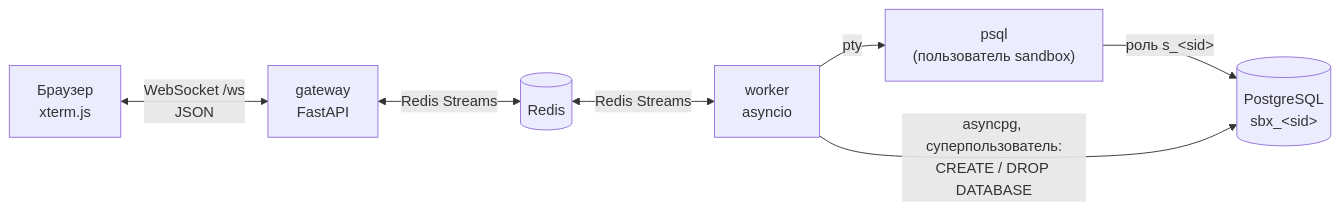
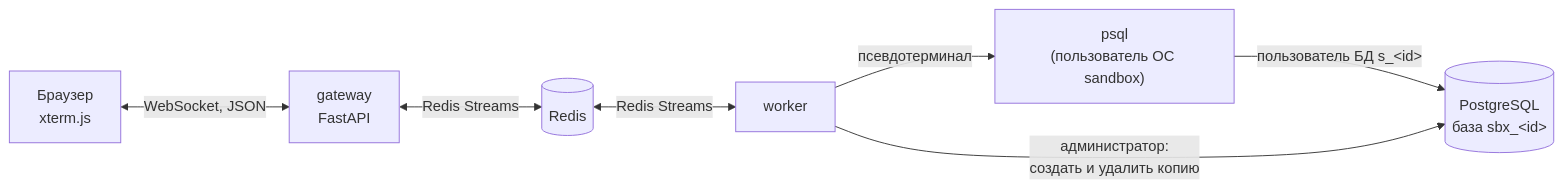
The first of 2 diagrams in docs/architecture.md (ZhdankovAlex/web-psql), drawn with Mermaid before and after one commit. The commit also changed other lines of this file and 8 other files, not shown here.

````diff
--- a/docs/architecture.md
+++ b/docs/architecture.md
@@ -3,9 +3,9 @@
 ```mermaid
 flowchart LR
-    B["Браузер<br/>xterm.js"] <-- "WebSocket /ws<br/>JSON" --> G["gateway<br/>FastAPI"]
+    B["Браузер<br/>xterm.js"] <-- "WebSocket, JSON" --> G["gateway<br/>FastAPI"]
     G <-- "Redis Streams" --> R[("Redis")]
-    R <-- "Redis Streams" --> W["worker<br/>asyncio"]
-    W -- "pty" --> P["psql<br/>(пользователь sandbox)"]
-    P -- "роль s_&lt;sid&gt;" --> DB[("PostgreSQL<br/>sbx_&lt;sid&gt;")]
-    W -- "asyncpg, суперпользователь:<br/>CREATE / DROP DATABASE" --> DB
+    R <-- "Redis Streams" --> W["worker"]
+    W -- "псевдотерминал" --> P["psql<br/>(пользователь ОС sandbox)"]
+    P -- "пользователь БД s_&lt;id&gt;" --> DB[("PostgreSQL<br/>база sbx_&lt;id&gt;")]
+    W -- "администратор:<br/>создать и удалить копию" --> DB
 ```
````
